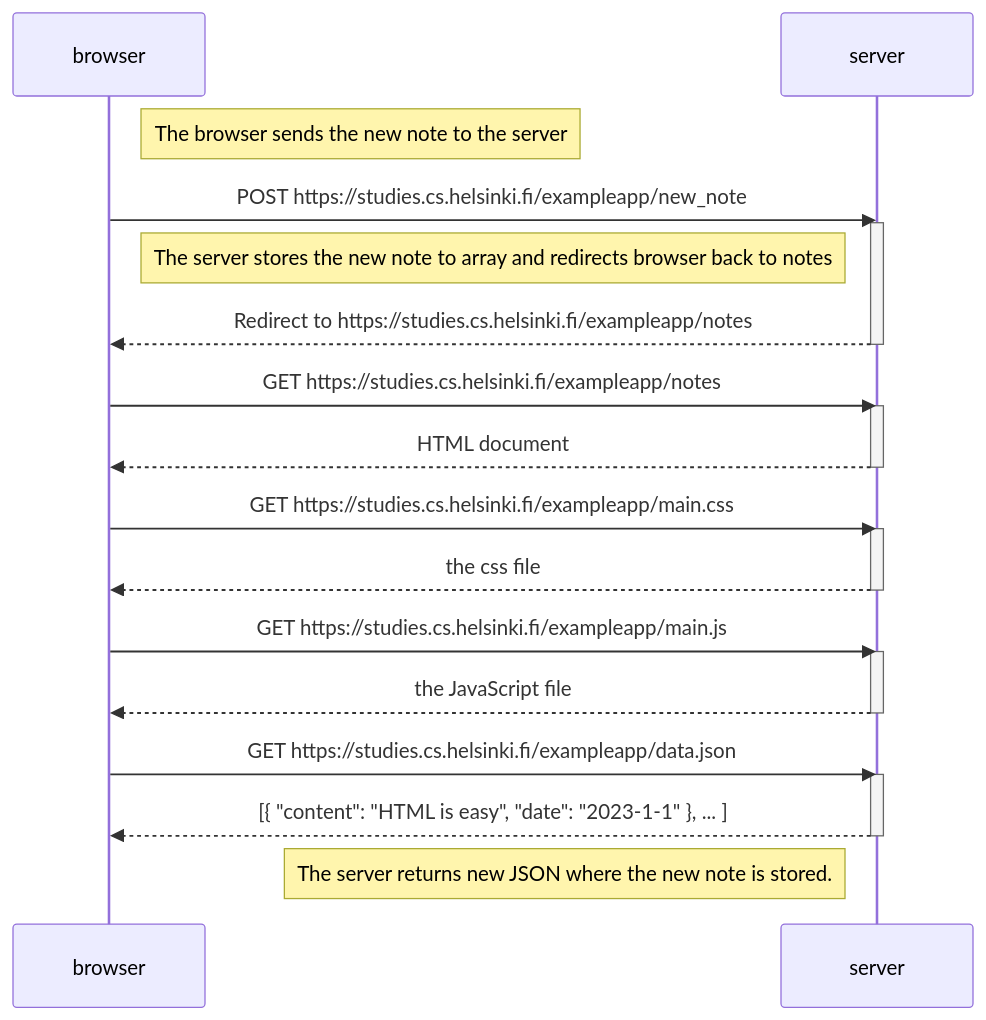
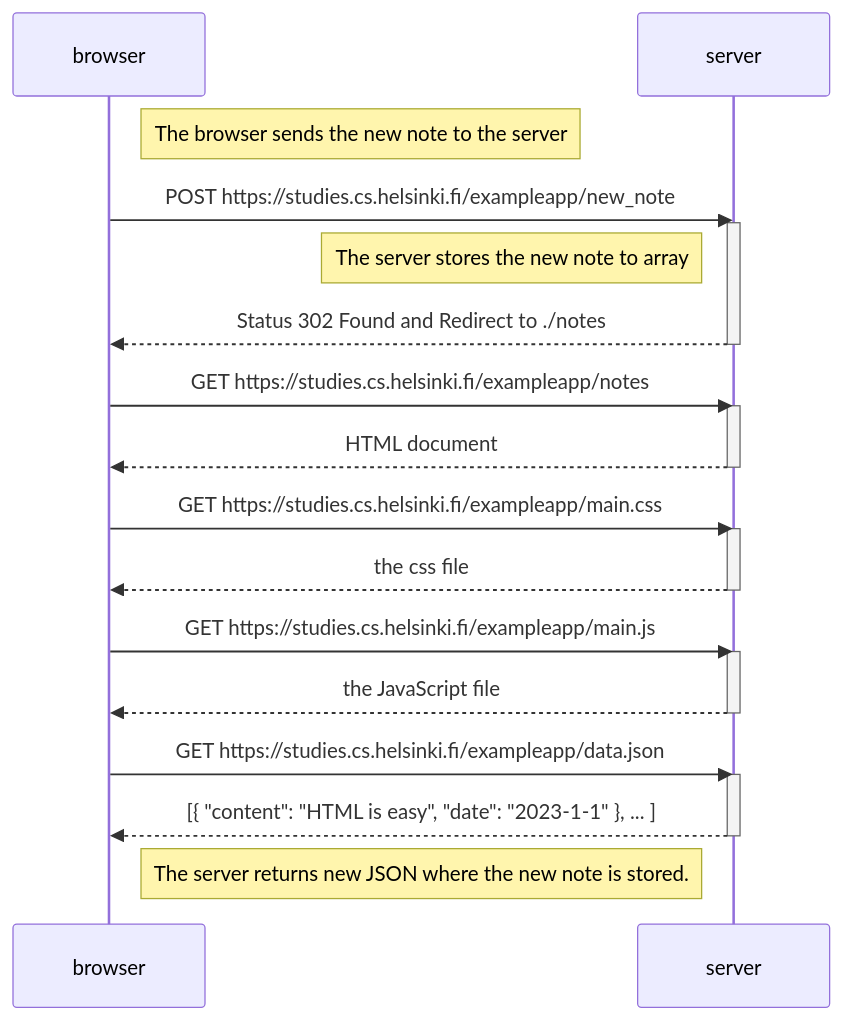
Before and after one commit to jarssoft/Fullstack-kurssi: the diagram in osa 0/newnote.md, drawn with Mermaid.

Commit message:
0.4 korjaus

````diff
--- a/osa 0/newnote.md
+++ b/osa 0/newnote.md
@@ -2,39 +2,39 @@
 ```mermaid
 sequenceDiagram
     participant browser
     participant server
     
     Note right of browser: The browser sends the new note to the server
     
     browser->>server: POST https://studies.cs.helsinki.fi/exampleapp/new_note
     activate server
     
-    Note left of server: The server stores the new note to array and redirects browser back to notes
+    Note left of server: The server stores the new note to array
     
-    server-->>browser: Redirect to https://studies.cs.helsinki.fi/exampleapp/notes
+    server-->>browser: Status 302 Found and Redirect to ./notes
     deactivate server
     
     
     
     browser->>server: GET https://studies.cs.helsinki.fi/exampleapp/notes
     activate server
     server-->>browser: HTML document
     deactivate server
     
     browser->>server: GET https://studies.cs.helsinki.fi/exampleapp/main.css
     activate server
     server-->>browser: the css file
     deactivate server
     
     browser->>server: GET https://studies.cs.helsinki.fi/exampleapp/main.js
     activate server
     server-->>browser: the JavaScript file
     deactivate server
     
     browser->>server: GET https://studies.cs.helsinki.fi/exampleapp/data.json
     activate server
     server-->>browser: [{ "content": "HTML is easy", "date": "2023-1-1" }, ... ]
     deactivate server    
 
     Note left of server: The server returns new JSON where the new note is stored.
 ```
````
